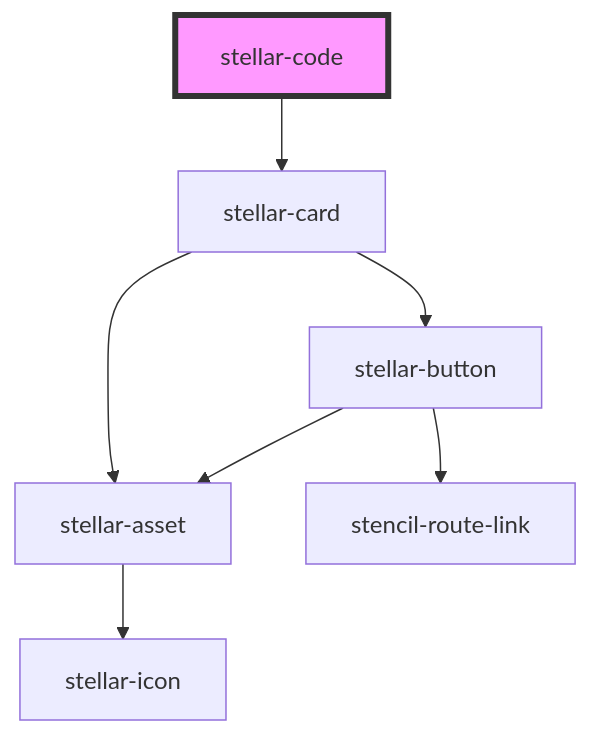
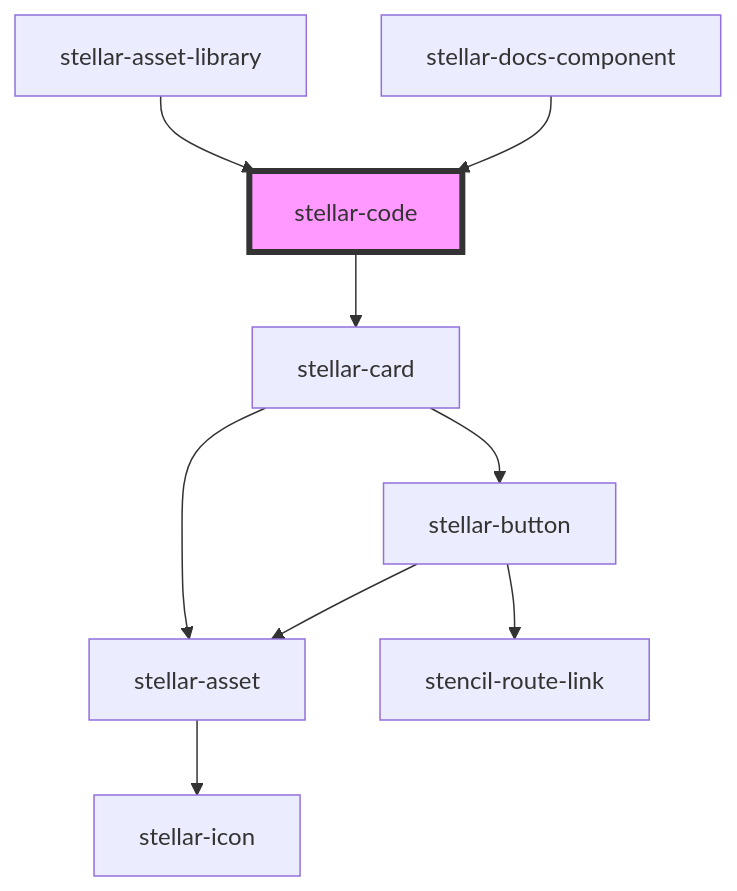
The diagram in src/components/helpers/code/readme.md (splitinfinities/Stellar), drawn with Mermaid before and after one commit. The commit also changed other lines of this file and 50 other files, not shown here.

````diff
--- a/src/components/helpers/code/readme.md
+++ b/src/components/helpers/code/readme.md
@@ -72,10 +77,12 @@
 ```mermaid
 graph TD;
   stellar-code --> stellar-card
   stellar-card --> stellar-button
   stellar-card --> stellar-asset
   stellar-button --> stellar-asset
   stellar-button --> stencil-route-link
   stellar-asset --> stellar-icon
+  stellar-asset-library --> stellar-code
+  stellar-docs-component --> stellar-code
   style stellar-code fill:#f9f,stroke:#333,stroke-width:4px
 ```
````
